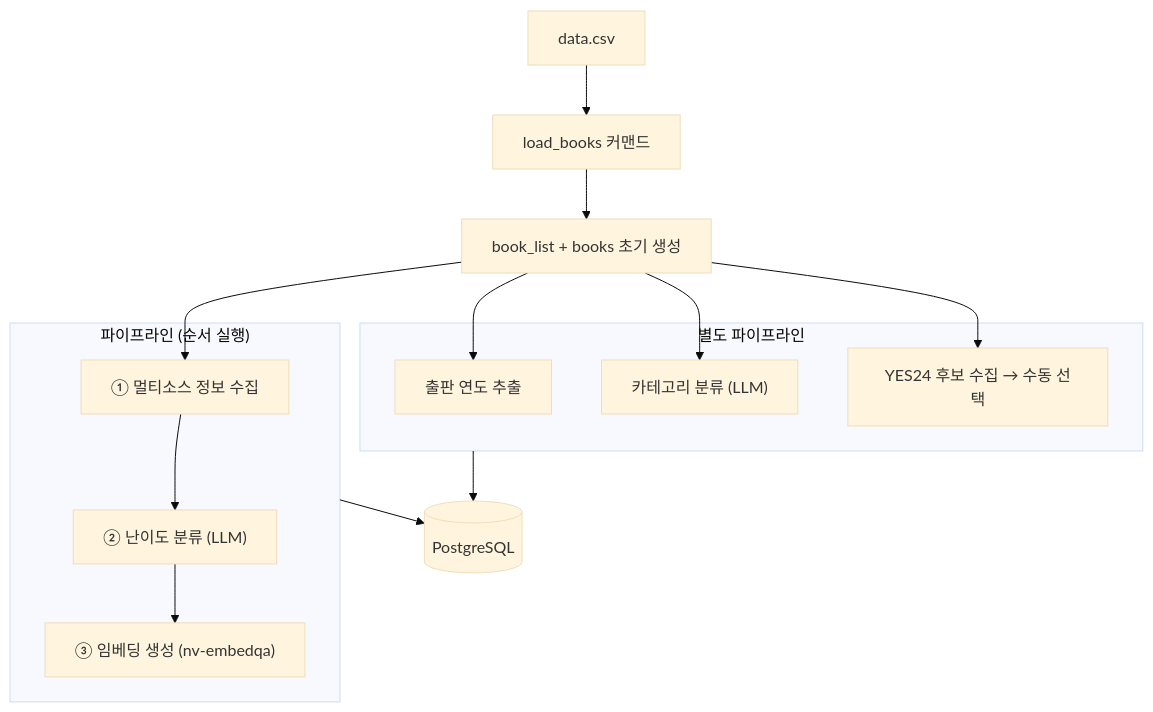
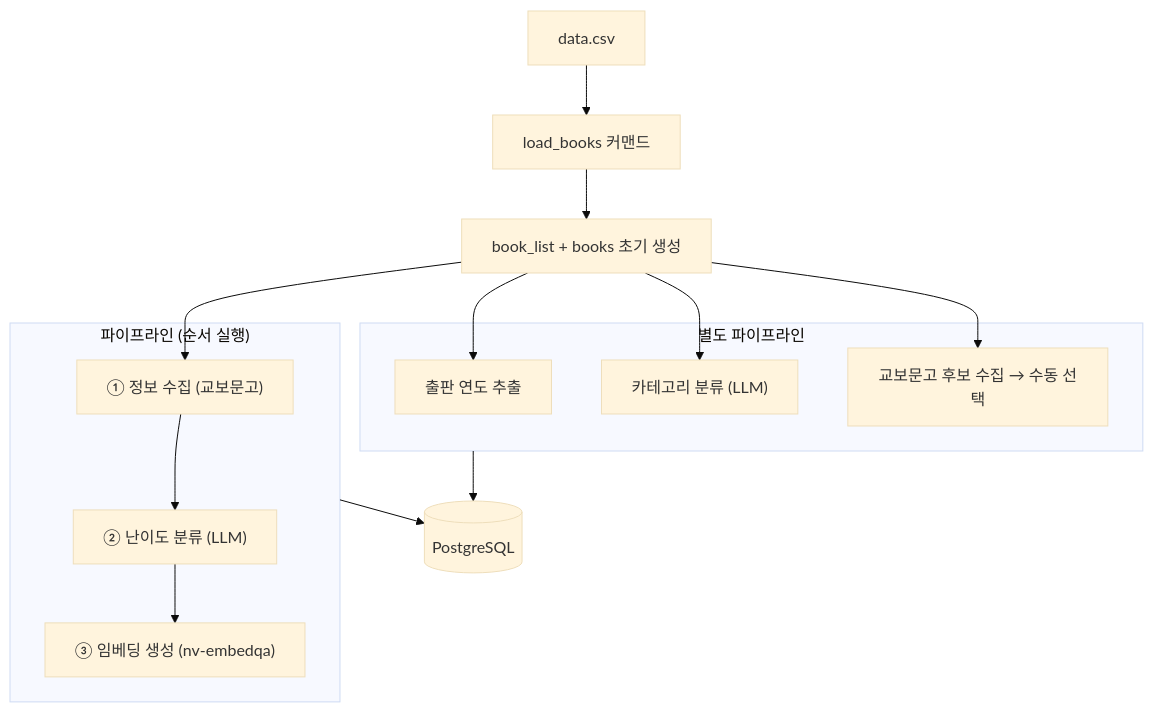
The third of 7 diagrams in docs/architecture.md (khs980714/READ-ME), drawn with Mermaid (base theme) before and after one commit. The commit also changed other lines of this file and 18 other files, not shown here.

````diff
--- a/docs/architecture.md
+++ b/docs/architecture.md
@@ -78,23 +78,23 @@
 ```mermaid
 flowchart TD
     CSV["data.csv"] --> LoadBooks["load_books 커맨드"]
     LoadBooks --> DB_init["book_list + books 초기 생성"]
 
     DB_init --> Step1
     DB_init --> Step4
     DB_init --> Step5
     DB_init --> Step6
 
     subgraph pipeline["파이프라인 (순서 실행)"]
-        Step1["① 멀티소스 정보 수집"] --> Step2["② 난이도 분류 (LLM)"] --> Step3["③ 임베딩 생성 (nv-embedqa)"]
+        Step1["① 정보 수집 (교보문고)"] --> Step2["② 난이도 분류 (LLM)"] --> Step3["③ 임베딩 생성 (nv-embedqa)"]
     end
 
     subgraph extra["별도 파이프라인"]
         Step4["출판 연도 추출"]
         Step5["카테고리 분류 (LLM)"]
-        Step6["YES24 후보 수집 → 수동 선택"]
+        Step6["교보문고 후보 수집 → 수동 선택"]
     end
 
     pipeline --> DB_final[("PostgreSQL")]
     extra --> DB_final
 ```
````
